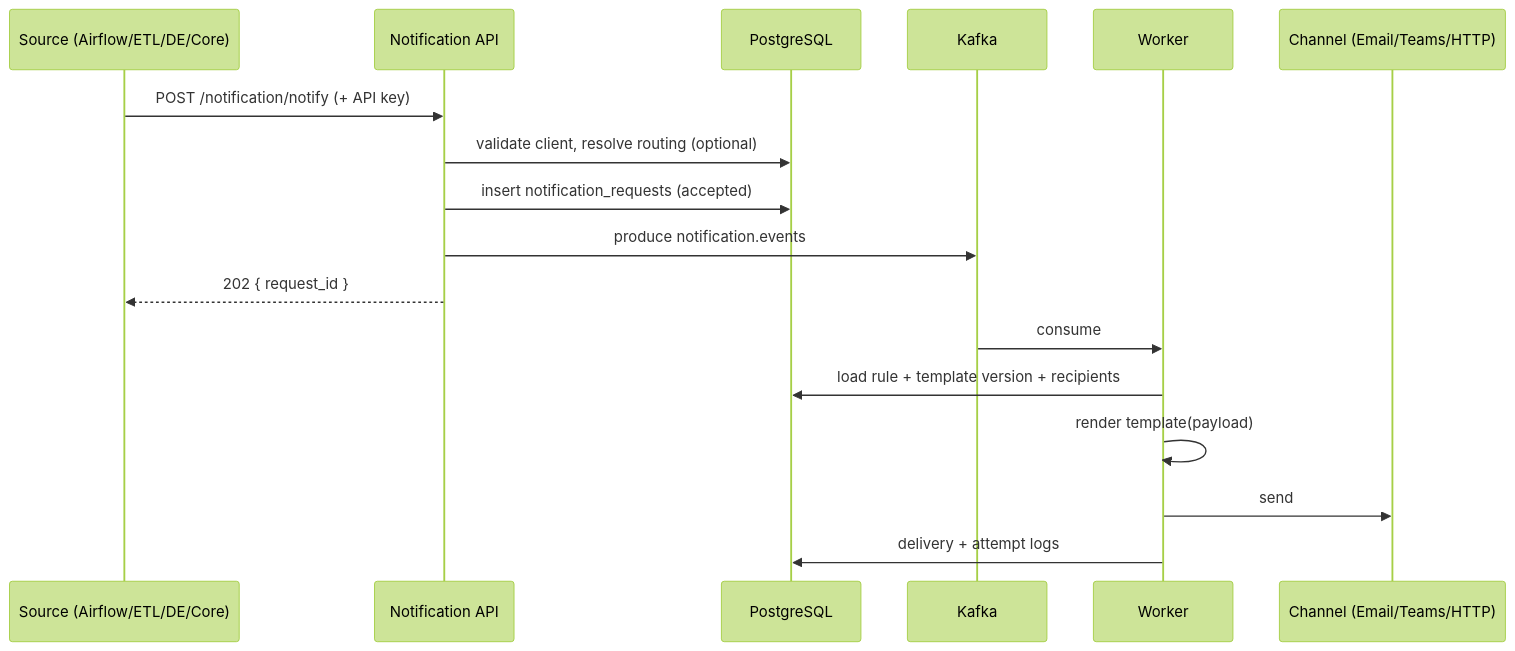
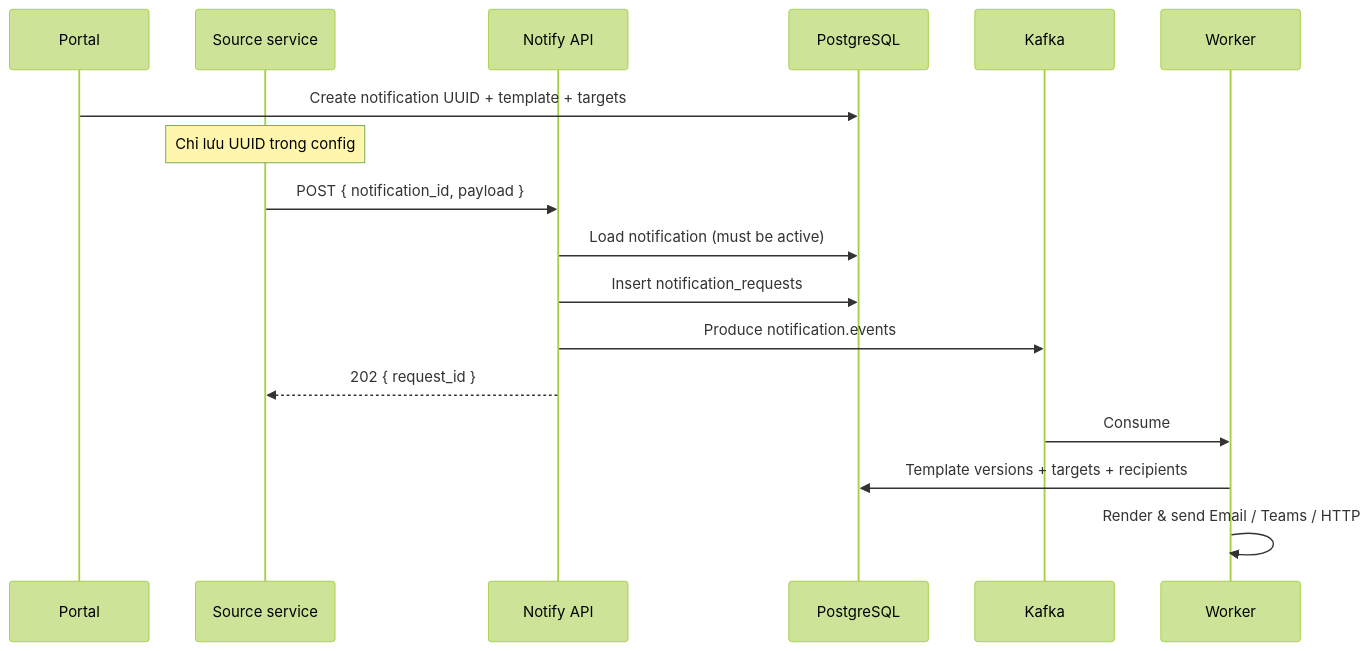
One commit to BevisDev/oops changed the diagram in notification-platform/docs/DESIGN.md. Above: the diagram before and after it, drawn with Mermaid (forest theme). The commit also changed other lines of this file and 18 other files, not shown here.

First line of the commit message:
refactor(notification-platform): callers only pass notification UUID

````diff
--- a/notification-platform/docs/DESIGN.md
+++ b/notification-platform/docs/DESIGN.md
@@ -16,20 +18,20 @@
 ```mermaid
 sequenceDiagram
-  participant S as Source (Airflow/ETL/DE/Core)
-  participant API as Notification API
+  participant P as Portal
+  participant S as Source service
+  participant API as Notify API
   participant PG as PostgreSQL
   participant K as Kafka
   participant W as Worker
-  participant C as Channel (Email/Teams/HTTP)
 
-  S->>API: POST /notification/notify (+ API key)
-  API->>PG: validate client, resolve routing (optional)
-  API->>PG: insert notification_requests (accepted)
-  API->>K: produce notification.events
+  P->>PG: Create notification UUID + template + targets
+  Note over S: Chỉ lưu UUID trong config
+  S->>API: POST { notification_id, payload }
+  API->>PG: Load notification (must be active)
+  API->>PG: Insert notification_requests
+  API->>K: Produce notification.events
   API-->>S: 202 { request_id }
-  K->>W: consume
-  W->>PG: load rule + template version + recipients
-  W->>W: render template(payload)
-  W->>C: send
-  W->>PG: delivery + attempt logs
+  K->>W: Consume
+  W->>PG: Template versions + targets + recipients
+  W->>W: Render & send Email / Teams / HTTP
 ```
````
